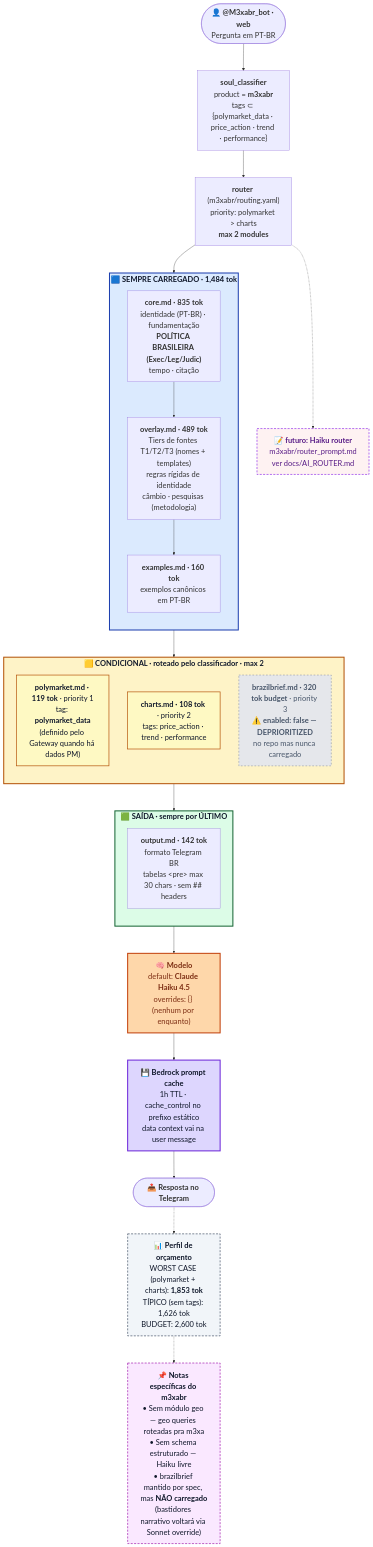
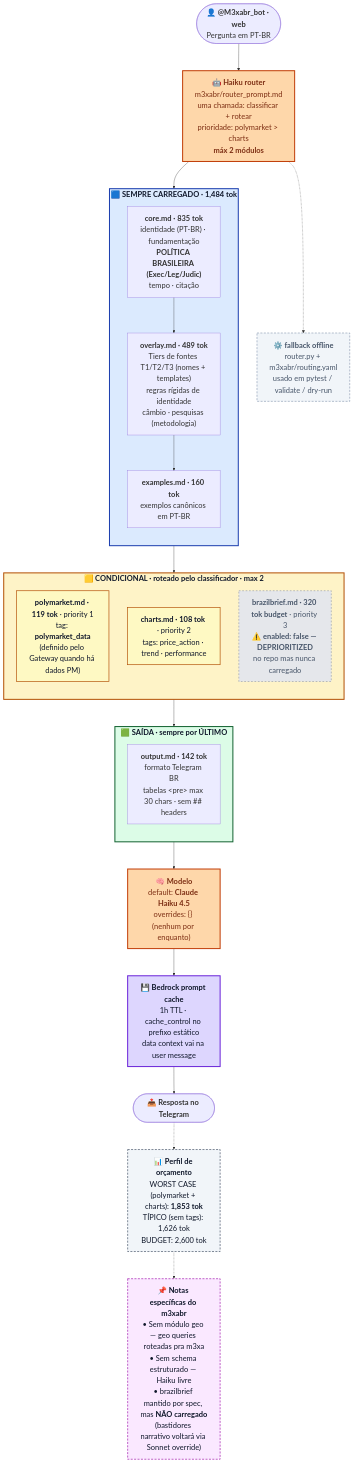
One commit to prcodex/version3- changed the third of 3 diagrams in README.md. Above: the diagram before and after it, drawn with Mermaid. The commit also changed other lines of this file and 6 other files, not shown here.

````diff
--- a/README.md
+++ b/README.md
@@ -171,63 +173,62 @@
 ```mermaid
 %%{init: {'theme': 'default', 'themeVariables': {'fontSize': '22px', 'fontFamily': 'Inter, system-ui, -apple-system, sans-serif'}, 'flowchart': {'htmlLabels': true, 'curve': 'basis', 'nodeSpacing': 55, 'rankSpacing': 80, 'padding': 18}}}%%
 flowchart TB
-    BOT(["<b>👤 @M3xabr_bot · web</b><br/>Pergunta em PT-BR"]) --> CLS["<b>soul_classifier</b><br/>product = <b>m3xabr</b><br/>tags ⊂ {polymarket_data · price_action · trend · performance}"]
-    CLS --> RTR["<b>router</b> (m3xabr/routing.yaml)<br/>priority: polymarket &gt; charts<br/><b>max 2 modules</b>"]
-    RTR -.-> FUT["<b>📝 futuro: Haiku router</b><br/>m3xabr/router_prompt.md<br/>ver docs/AI_ROUTER.md"]
+    BOT(["<b>👤 @M3xabr_bot · web</b><br/>Pergunta em PT-BR"]) --> RTR["<b>🤖 Haiku router</b><br/>m3xabr/router_prompt.md<br/>uma chamada: classificar + rotear<br/>prioridade: polymarket &gt; charts<br/><b>máx 2 módulos</b>"]
+    RTR -.-> FALL["<b>⚙️ fallback offline</b><br/>router.py + m3xabr/routing.yaml<br/>usado em pytest / validate / dry-run"]
 
     subgraph ALWAYS["<b>🟦 SEMPRE CARREGADO · 1,484 tok</b>"]
         direction TB
         A1["<b>core.md · 835 tok</b><br/>identidade (PT-BR) · fundamentação<br/><b>POLÍTICA BRASILEIRA (Exec/Leg/Judic)</b><br/>tempo · citação"]
         A2["<b>overlay.md · 489 tok</b><br/>Tiers de fontes T1/T2/T3 (nomes + templates)<br/>regras rígidas de identidade<br/>câmbio · pesquisas (metodologia)"]
         A3["<b>examples.md · 160 tok</b><br/>exemplos canônicos em PT-BR"]
         A1 --> A2 --> A3
     end
 
     subgraph COND["<b>🟨 CONDICIONAL · roteado pelo classificador · max 2</b>"]
         direction TB
         P["<b>polymarket.md · 119 tok</b> · priority 1<br/>tag: <b>polymarket_data</b><br/>(definido pelo Gateway quando há dados PM)"]
         CH["<b>charts.md · 108 tok</b> · priority 2<br/>tags: price_action · trend · performance"]
         BB["<b>brazilbrief.md · 320 tok budget</b> · priority 3<br/><b>⚠️ enabled: false — DEPRIORITIZED</b><br/>no repo mas nunca carregado"]
     end
 
     subgraph OUTBLK["<b>🟩 SAÍDA · sempre por ÚLTIMO</b>"]
         direction TB
         OUT["<b>output.md · 142 tok</b><br/>formato Telegram BR<br/>tabelas &lt;pre&gt; max 30 chars · sem ## headers"]
     end
 
     RTR --> ALWAYS
     ALWAYS --> COND
     COND --> OUTBLK
     OUTBLK --> MODEL["<b>🧠 Modelo</b><br/>default: <b>Claude Haiku 4.5</b><br/>overrides: {} (nenhum por enquanto)"]
     MODEL --> CACHE["<b>💾 Bedrock prompt cache</b><br/>1h TTL · cache_control no prefixo estático<br/>data context vai na user message"]
     CACHE --> GEN(["<b>📤 Resposta no Telegram</b>"])
 
     META["<b>📊 Perfil de orçamento</b><br/>WORST CASE (polymarket + charts): <b>1,853 tok</b><br/>TÍPICO (sem tags): 1,626 tok<br/>BUDGET: 2,600 tok"]
     GEN -.-> META
 
     NOTE["<b>📌 Notas específicas do m3xabr</b><br/>• Sem módulo geo — geo queries roteadas pra m3xa<br/>• Sem schema estruturado — Haiku livre<br/>• brazilbrief mantido por spec, mas <b>NÃO carregado</b><br/>(bastidores narrativo voltará via Sonnet override)"]
     META -.-> NOTE
 
     click A1 "https://github.com/prcodex/version3-/blob/main/m3xabr/souls/core.md" _blank
     click A2 "https://github.com/prcodex/version3-/blob/main/m3xabr/souls/overlay.md" _blank
     click A3 "https://github.com/prcodex/version3-/blob/main/m3xabr/souls/examples.md" _blank
     click P "https://github.com/prcodex/version3-/blob/main/m3xabr/souls/modules/polymarket.md" _blank
     click CH "https://github.com/prcodex/version3-/blob/main/m3xabr/souls/modules/charts.md" _blank
     click BB "https://github.com/prcodex/version3-/blob/main/m3xabr/souls/modules/brazilbrief.md" _blank
     click OUT "https://github.com/prcodex/version3-/blob/main/m3xabr/souls/output.md" _blank
-    click RTR "https://github.com/prcodex/version3-/blob/main/m3xabr/routing.yaml" _blank
-    click CLS "https://github.com/prcodex/version3-/blob/main/src/m3xa_souls/router.py" _blank
-    click FUT "https://github.com/prcodex/version3-/blob/main/docs/AI_ROUTER.md" _blank
+    click RTR "https://github.com/prcodex/version3-/blob/main/m3xabr/router_prompt.md" _blank
+    click FALL "https://github.com/prcodex/version3-/blob/main/m3xabr/routing.yaml" _blank
 
     style ALWAYS fill:#dbeafe,stroke:#1e40af,stroke-width:3px,color:#0f172a
     style COND fill:#fef3c7,stroke:#b45309,stroke-width:3px,color:#0f172a
     style OUTBLK fill:#dcfce7,stroke:#166534,stroke-width:3px,color:#0f172a
     style MODEL fill:#fed7aa,stroke:#c2410c,stroke-width:3px,color:#7c2d12
     style CACHE fill:#ddd6fe,stroke:#6d28d9,stroke-width:3px,color:#0f172a
     style META fill:#f1f5f9,stroke:#475569,stroke-width:2px,stroke-dasharray:6 4,color:#0f172a
     style NOTE fill:#fae8ff,stroke:#a21caf,stroke-width:2px,stroke-dasharray:6 4,color:#0f172a
     style P fill:#fef9c3,stroke:#b45309,stroke-width:2px,color:#0f172a
     style CH fill:#fef9c3,stroke:#b45309,stroke-width:2px,color:#0f172a
     style BB fill:#e5e7eb,stroke:#9ca3af,stroke-width:2px,stroke-dasharray:5 5,color:#475569
-    style FUT fill:#fef2f2,stroke:#9333ea,stroke-width:2px,stroke-dasharray:6 4,color:#581c87
+    style RTR fill:#fed7aa,stroke:#c2410c,stroke-width:3px,color:#7c2d12
+    style FALL fill:#f1f5f9,stroke:#94a3b8,stroke-width:2px,stroke-dasharray:6 4,color:#475569
 ```
````
